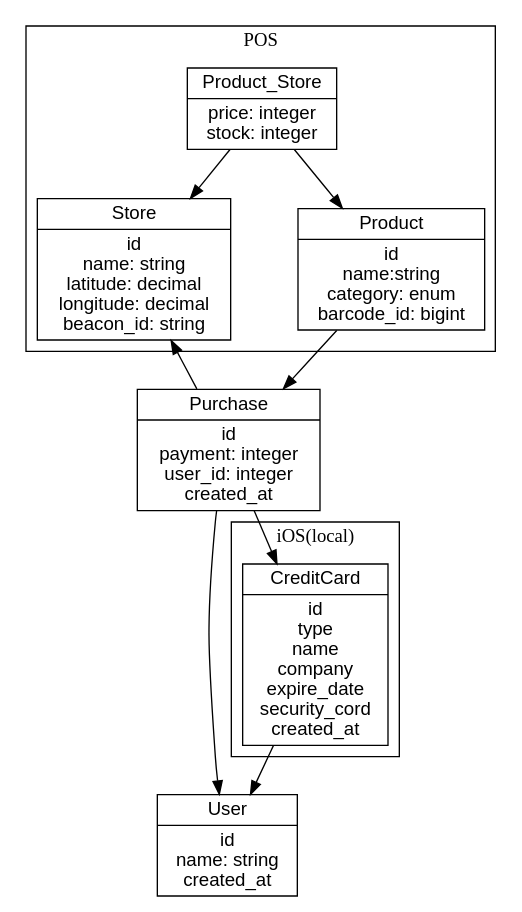
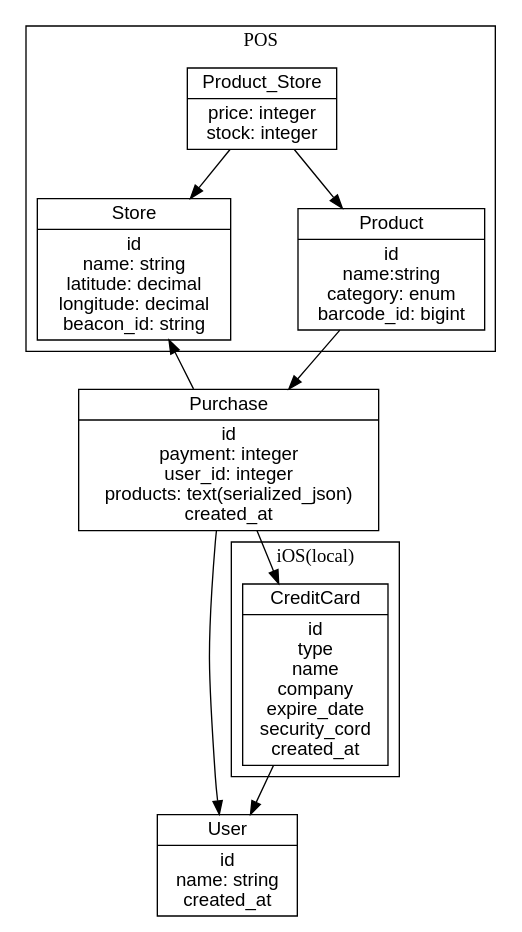
One commit to out-of-tokyo/graphs changed the diagram in db_schema.dot. Above: the diagram before and after it, drawn with Graphviz. The commit also changed 1 other file, not shown here.

Commit message:
Add products column to Purchase

```diff
--- a/db_schema.dot
+++ b/db_schema.dot
@@ -1,29 +1,29 @@
 digraph G {
    graph [size = "14, 11"];
    graph [nodesep = 0.7];
    node [shape = record, height = 0.01,
          fontname = "Helvetica", fontsize = 14];
 
    User [label = "{User|id\nname: string\ncreated_at}"];
-   Purchase [label = "{Purchase|id\npayment: integer\nuser_id: integer\ncreated_at}"];
+   Purchase [label = "{Purchase|id\npayment: integer\nuser_id: integer\nproducts: text(serialized_json)\ncreated_at}"];
 
    subgraph cluster_0 {
       label = "POS"
       Store [label = "{Store|id\nname: string\nlatitude: decimal\nlongitude: decimal\nbeacon_id: string}"];
       Product [label = "{Product|id\nname:string\ncategory: enum\nbarcode_id: bigint}"];
       Product_Store [label = "{Product_Store|price: integer\nstock: integer}"];
    }
 
    subgraph cluster_1 {
       label = "iOS(local)"
       CreditCard [label = "{CreditCard|id\ntype\nname\ncompany\nexpire_date\nsecurity_cord\ncreated_at}"];
    }
 
    Purchase -> Store;
    Purchase -> User;
    Purchase -> CreditCard;
    Product_Store -> Store ;
    Product_Store -> Product ;
    Product -> Purchase;
    CreditCard -> User;
 }
```
